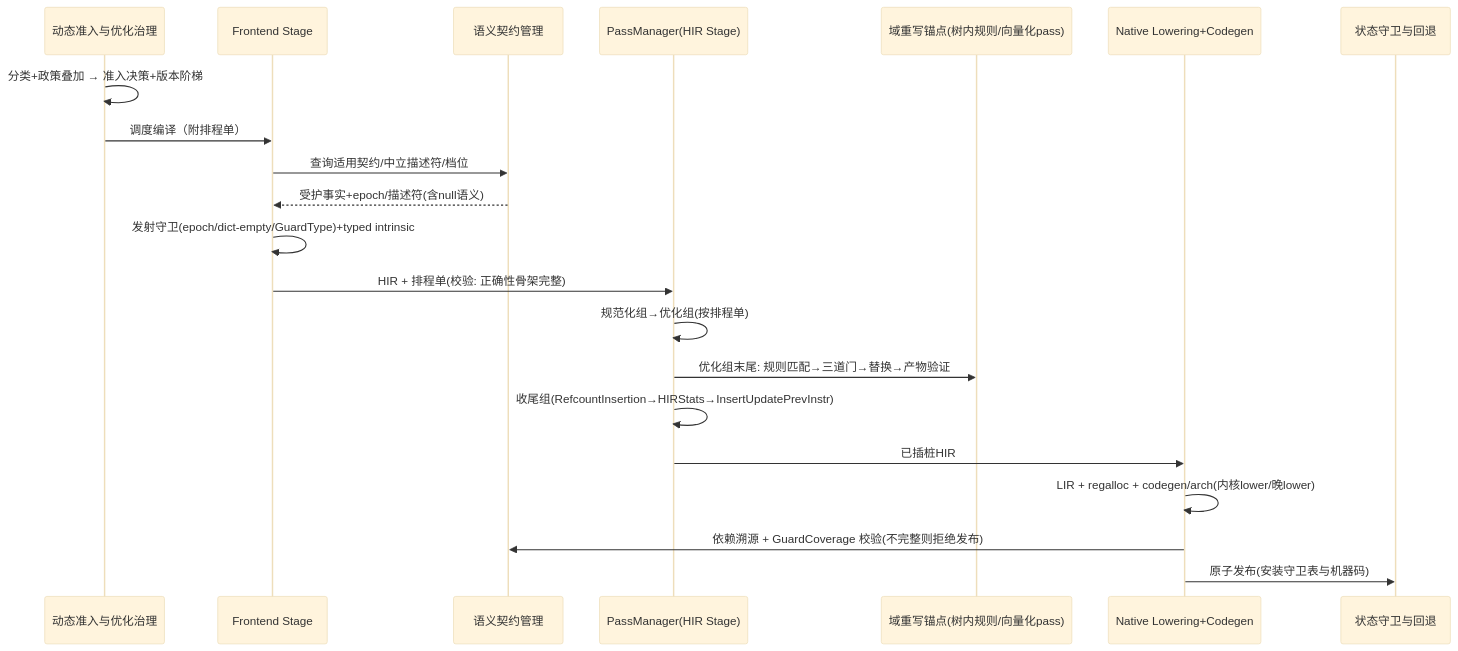
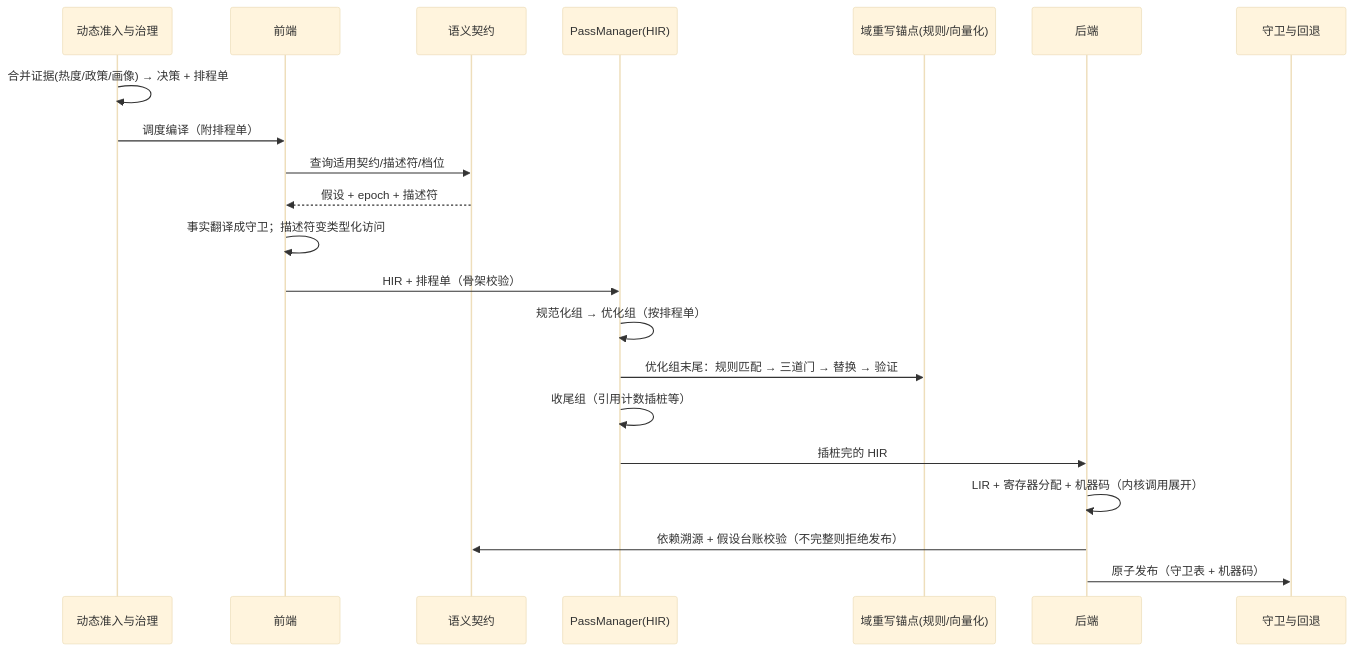
The fourth of 5 diagrams in docs/design/【架构设计】CinderX增强运行时.md (openeuler-mirror/cinderx), drawn with Mermaid (base theme) before and after one commit. The commit also changed other lines of this file, not shown here.

````diff
--- a/docs/design/【架构设计】CinderX增强运行时.md
+++ b/docs/design/【架构设计】CinderX增强运行时.md
@@ -723,24 +538,24 @@
 ```mermaid
 sequenceDiagram
-    participant A as 动态准入与优化治理
-    participant FE as Frontend Stage
-    participant CB as 语义契约管理
-    participant PM as PassManager(HIR Stage)
-    participant AN as 域重写锚点(树内规则/向量化pass)
-    participant BE as Native Lowering+Codegen
-    participant RT as 状态守卫与回退
+    participant A as 动态准入与治理
+    participant FE as 前端
+    participant CB as 语义契约
+    participant PM as PassManager(HIR)
+    participant AN as 域重写锚点(规则/向量化)
+    participant BE as 后端
+    participant RT as 守卫与回退
 
-    A->>A: 分类+政策叠加 → 准入决策+版本阶梯
+    A->>A: 合并证据(热度/政策/画像) → 决策 + 排程单
     A->>FE: 调度编译（附排程单）
-    FE->>CB: 查询适用契约/中立描述符/档位
-    CB-->>FE: 受护事实+epoch/描述符(含null语义)
-    FE->>FE: 发射守卫(epoch/dict-empty/GuardType)+typed intrinsic
-    FE->>PM: HIR + 排程单(校验: 正确性骨架完整)
-    PM->>PM: 规范化组→优化组(按排程单)
-    PM->>AN: 优化组末尾: 规则匹配→三道门→替换→产物验证
-    PM->>PM: 收尾组(RefcountInsertion→HIRStats→InsertUpdatePrevInstr)
-    PM->>BE: 已插桩HIR
-    BE->>BE: LIR + regalloc + codegen/arch(内核lower/晚lower)
-    BE->>CB: 依赖溯源 + GuardCoverage 校验(不完整则拒绝发布)
-    BE->>RT: 原子发布(安装守卫表与机器码)
+    FE->>CB: 查询适用契约/描述符/档位
+    CB-->>FE: 假设 + epoch + 描述符
+    FE->>FE: 事实翻译成守卫；描述符变类型化访问
+    FE->>PM: HIR + 排程单（骨架校验）
+    PM->>PM: 规范化组 → 优化组（按排程单）
+    PM->>AN: 优化组末尾：规则匹配 → 三道门 → 替换 → 验证
+    PM->>PM: 收尾组（引用计数插桩等）
+    PM->>BE: 插桩完的 HIR
+    BE->>BE: LIR + 寄存器分配 + 机器码（内核调用展开）
+    BE->>CB: 依赖溯源 + 假设台账校验（不完整则拒绝发布）
+    BE->>RT: 原子发布（守卫表 + 机器码）
 ```
````
